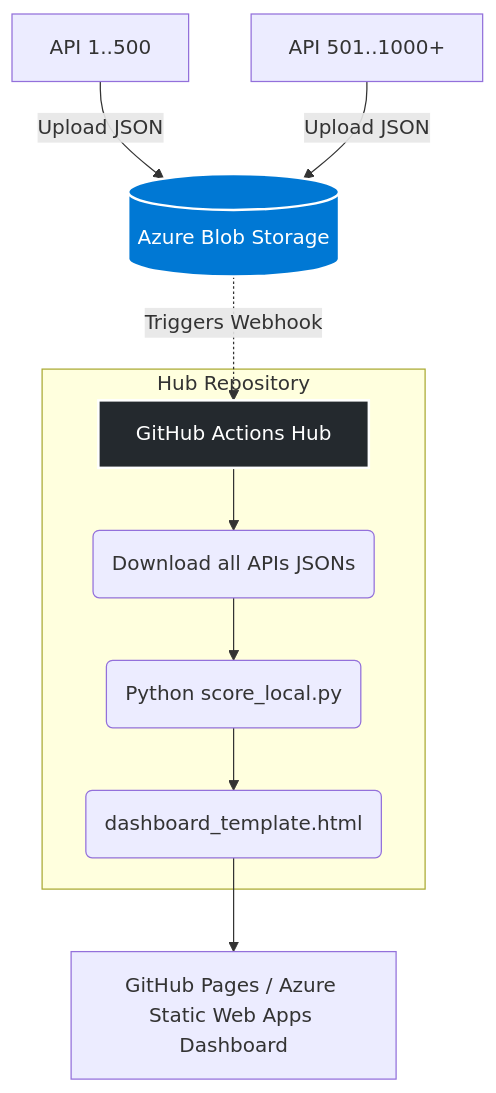
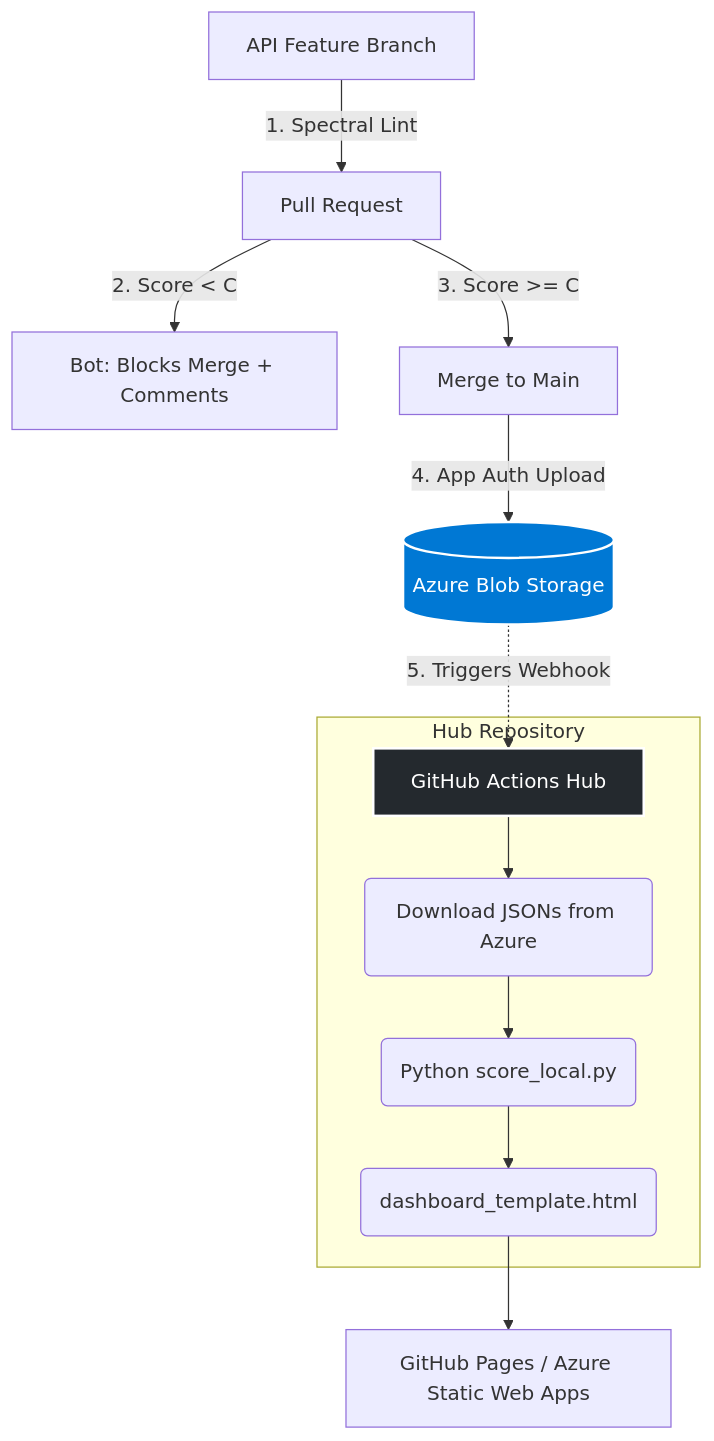
Before and after one commit to azammel-reply/central-hub-gouv-poc: the diagram in README.md, drawn with Mermaid. The commit also changed other lines of this file, not shown here.

````diff
--- a/README.md
+++ b/README.md
@@ -128,18 +140,21 @@
 ```mermaid
 graph TD
     classDef azure fill:#0078D4,stroke:#fff,stroke-width:2px,color:#fff;
     classDef git fill:#24292e,stroke:#fff,stroke-width:2px,color:#fff;
     
-    A[API 1..500] -->|Upload JSON| B[(Azure Blob Storage)]:::azure
-    C[API 501..1000+] -->|Upload JSON| B
+    A[API Feature Branch] -->|1. Spectral Lint| PR[Pull Request]
+    PR -->|2. Score < C | B[Bot: Blocks Merge + Comments]
+    PR -->|3. Score >= C | C[Merge to Main]
     
-    B -.->|Triggers Webhook| D[GitHub Actions Hub]:::git
+    C -->|4. App Auth Upload| D[(Azure Blob Storage)]:::azure
+    
+    D -.->|5. Triggers Webhook| E[GitHub Actions Hub]:::git
     
     subgraph central-hub-gouv-poc [Hub Repository]
-    D --> E(Download all APIs JSONs)
-    E --> F(Python score_local.py)
-    F --> G(dashboard_template.html)
+    E --> F(Download JSONs from Azure)
+    F --> G(Python score_local.py)
+    G --> H(dashboard_template.html)
     end
     
-    G --> H[GitHub Pages / Azure Static Web Apps Dashboard]
+    H --> I[GitHub Pages / Azure Static Web Apps]
 ```
````
